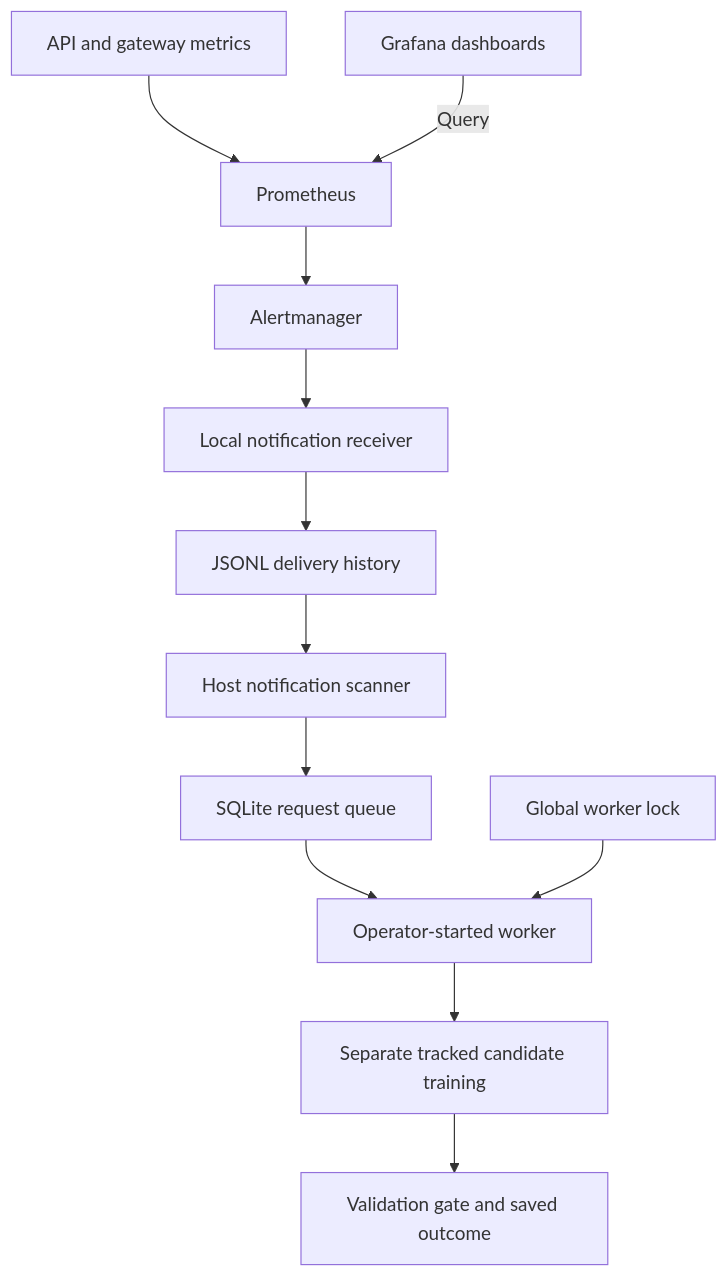
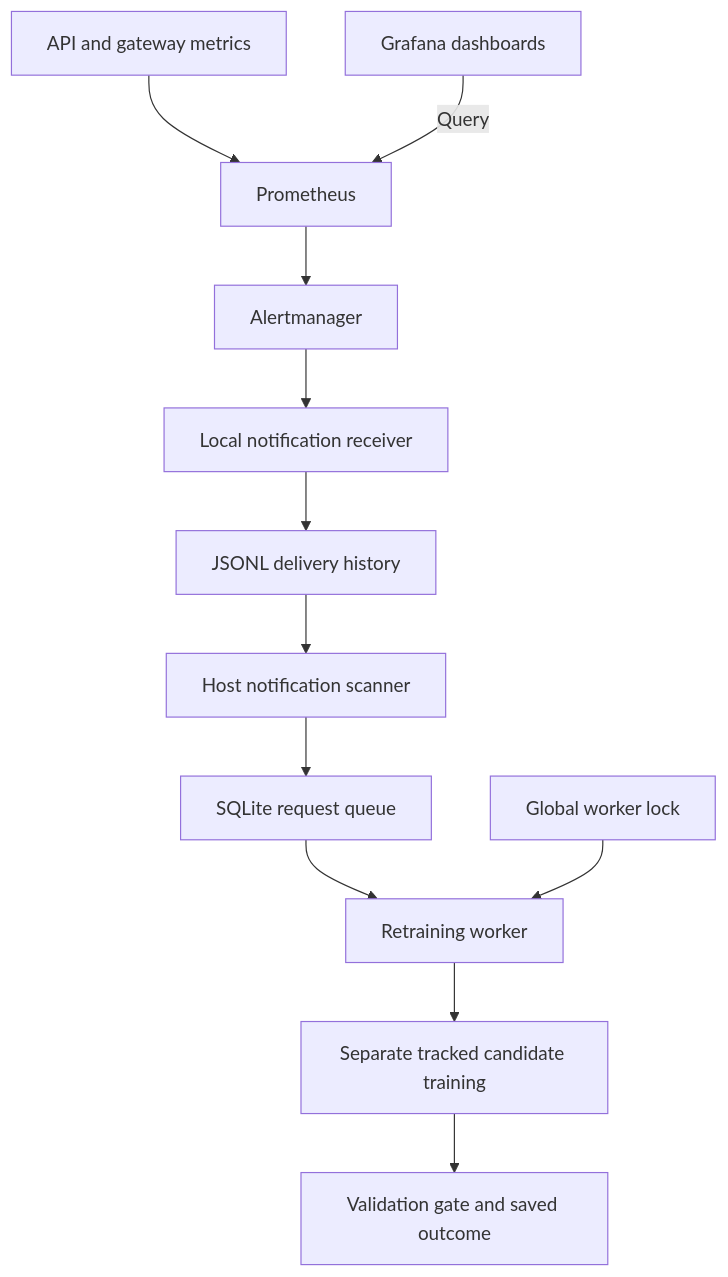
The third of 3 diagrams in docs/architecture.md (VedaVachan/FraudShield), drawn with Mermaid before and after one commit. The commit also changed other lines of this file and 11 other files, not shown here.

````diff
--- a/docs/architecture.md
+++ b/docs/architecture.md
@@ -80,14 +85,14 @@
 ```mermaid
 flowchart TD
     A["API and gateway metrics"] --> P["Prometheus"]
     G["Grafana dashboards"] -->|"Query"| P
     P --> M["Alertmanager"]
     M --> R["Local notification receiver"]
     R --> H["JSONL delivery history"]
     H --> S["Host notification scanner"]
     S --> Q["SQLite request queue"]
-    Q --> W["Operator-started worker"]
+    Q --> W["Retraining worker"]
     L["Global worker lock"] --> W
     W --> T["Separate tracked candidate training"]
     T --> V["Validation gate and saved outcome"]
 ```
````
